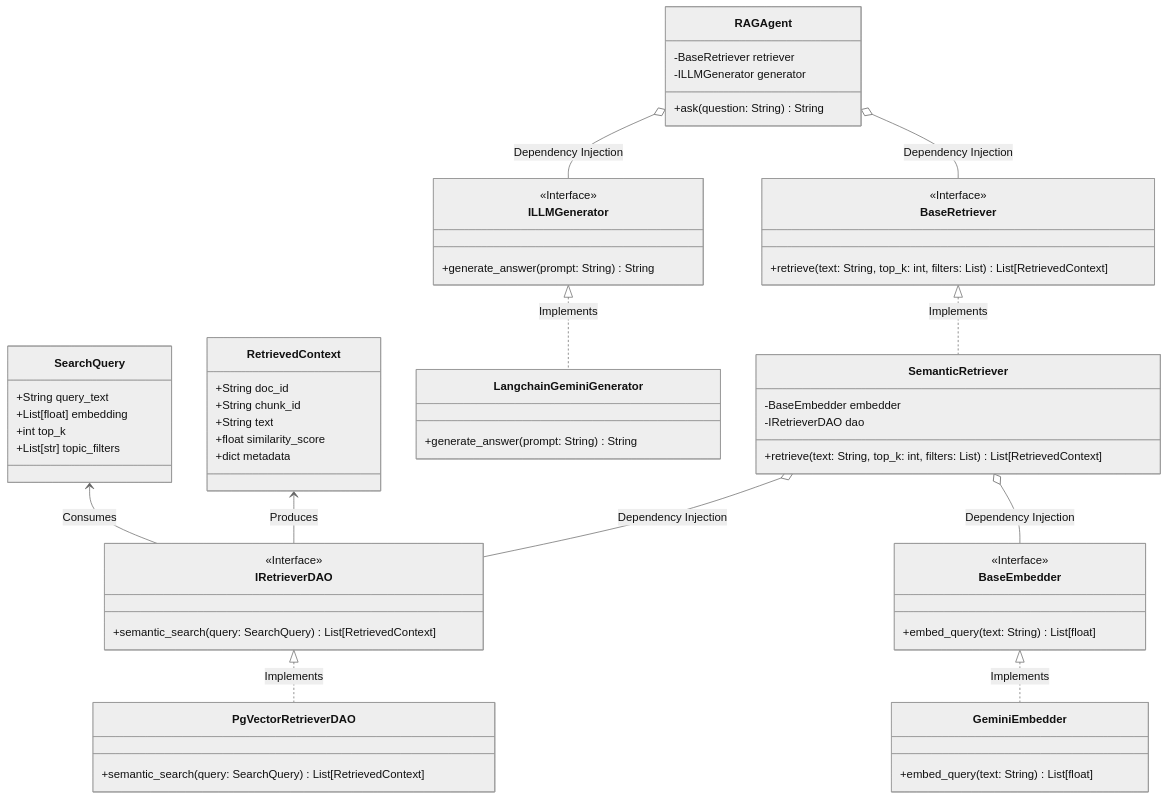
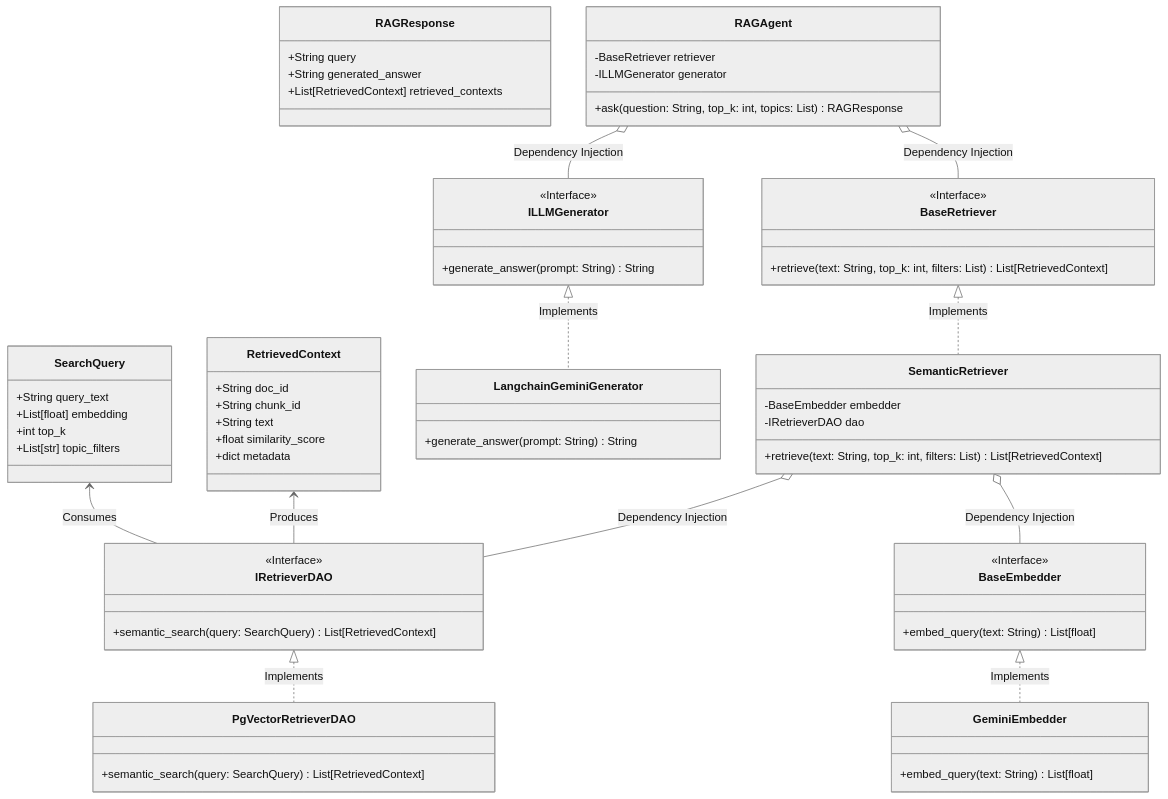
The first of 2 diagrams in docs/phase2_retriever_architecture.md (nvd11/automated-rag-evaluator), drawn with Mermaid (neutral theme) before and after one commit. The commit also changed other lines of this file, not shown here.

Commit message:
docs(architecture): introduce RAGResponse DTO to return answer alongside structured citation contexts for downstream evaluation

```diff
--- a/docs/phase2_retriever_architecture.md
+++ b/docs/phase2_retriever_architecture.md
@@ -69,10 +69,16 @@
         +retrieve(text: String, top_k: int, filters: List) List[RetrievedContext]
     }
 
+    class RAGResponse {
+        +String query
+        +String generated_answer
+        +List[RetrievedContext] retrieved_contexts
+    }
+
     class RAGAgent {
         -BaseRetriever retriever
         -ILLMGenerator generator
-        +ask(question: String) String
+        +ask(question: String, top_k: int, topics: List) RAGResponse
     }
 
     RAGAgent o-- BaseRetriever : Dependency Injection
```
